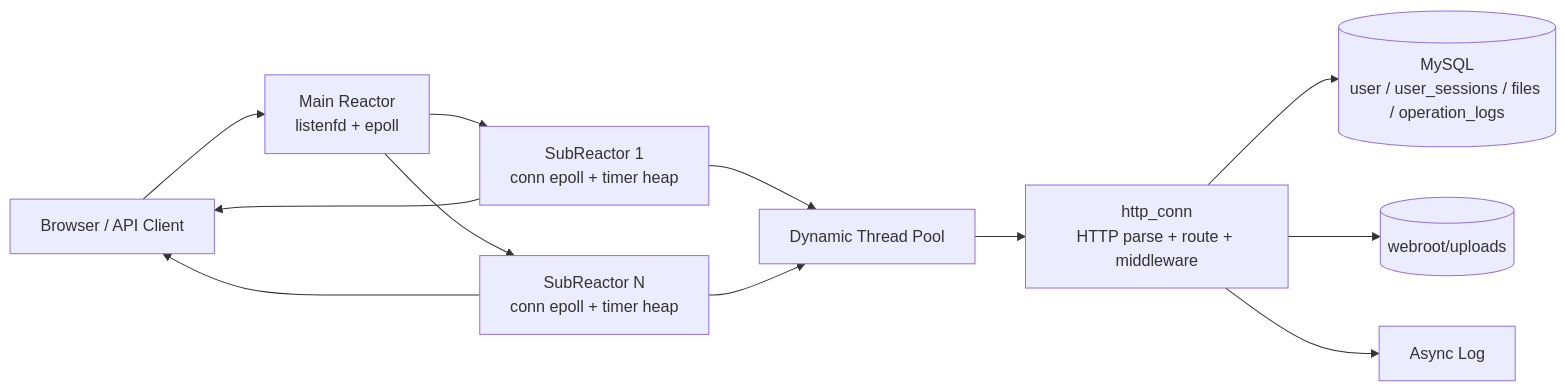
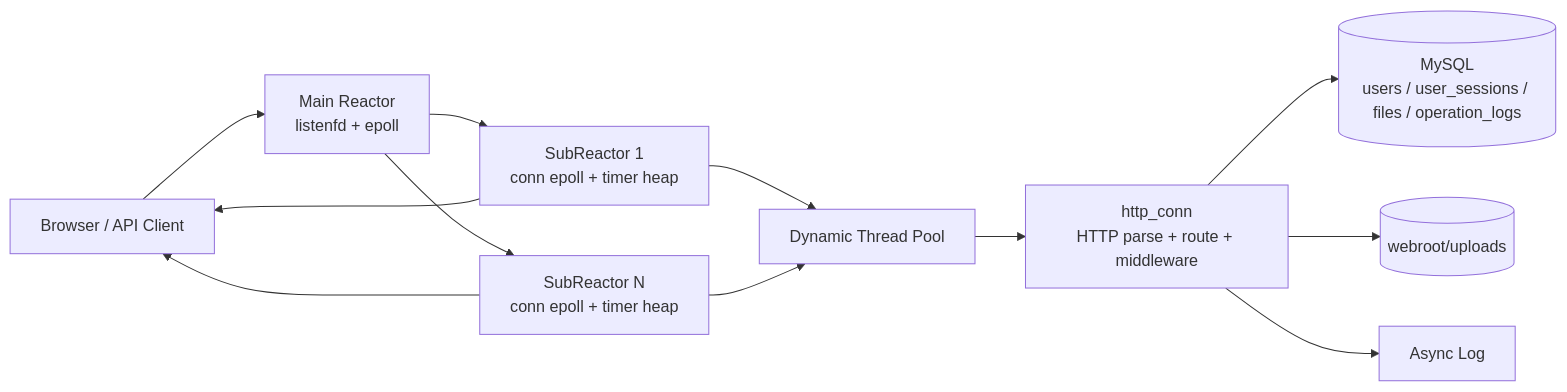
The first of 7 diagrams in docs/architecture.md (wjg12345678/High-performance-gateway), drawn with Mermaid before and after one commit. The commit also changed other lines of this file and 132 other files, not shown here.

````diff
--- a/docs/architecture.md
+++ b/docs/architecture.md
@@ -11,24 +11,24 @@
 ```mermaid
 flowchart LR
     Client[Browser / API Client]
     Main[Main Reactor<br/>listenfd + epoll]
     Sub1[SubReactor 1<br/>conn epoll + timer heap]
     SubN[SubReactor N<br/>conn epoll + timer heap]
     Pool[Dynamic Thread Pool]
     HTTP[http_conn<br/>HTTP parse + route + middleware]
-    MySQL[(MySQL<br/>user / user_sessions / files / operation_logs)]
+    MySQL[(MySQL<br/>users / user_sessions / files / operation_logs)]
     Files[(webroot/uploads)]
     Log[Async Log]
 
     Client --> Main
     Main --> Sub1
     Main --> SubN
     Sub1 --> Pool
     SubN --> Pool
     Pool --> HTTP
     HTTP --> MySQL
     HTTP --> Files
     HTTP --> Log
     Sub1 --> Client
     SubN --> Client
 ```
````
